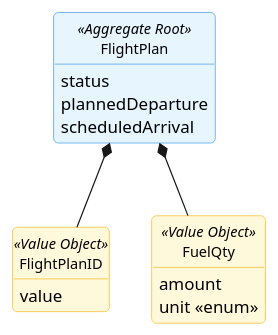
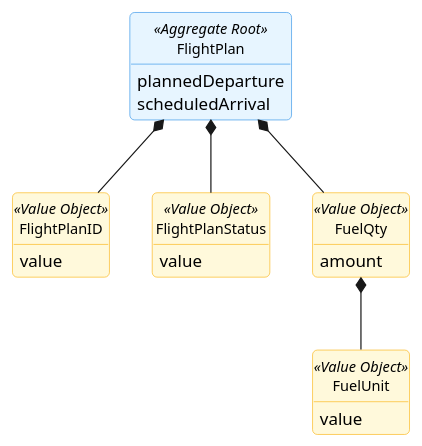
The diagram in docs/global-artifacts/02.analysis/puml/Aggregates/FlightPlanAggregate.puml (GustavoFerreira24/flight-management-platform), drawn with PlantUML before and after one commit. The commit also changed 15 other files, not shown here.

```diff
--- a/docs/global-artifacts/02.analysis/puml/Aggregates/FlightPlanAggregate.puml
+++ b/docs/global-artifacts/02.analysis/puml/Aggregates/FlightPlanAggregate.puml
@@ -1,44 +1,52 @@
 @startuml
 skinparam {
     BackgroundColor white
     RoundCorner 8
     Shadowing false
     Handwritten false
     ClassAttributeIconSize 0
 
     ClassBackgroundColor white
     ClassBorderColor #495057
     ClassFontSize 12
 
     ClassBackgroundColor<<Aggregate Root>> #E7F5FF
     ClassBorderColor<<Aggregate Root>> #228BE6
 
     ClassBackgroundColor<<Value Object>> #FFF9DB
     ClassBorderColor<<Value Object>> #FAB005
 
     ClassBackgroundColor<<Entity>> #F3F0FF
     ClassBorderColor<<Entity>> #7950F2
 }
 hide circle
 hide methods
 
-class FlightPlan <<Aggregate Root>> {
-    status
-    plannedDeparture
-    scheduledArrival
-}
+ class FlightPlan <<Aggregate Root>> {
+        plannedDeparture
+        scheduledArrival
+    }
 
-class FlightPlanID <<Value Object>> {
+    class FlightPlanID <<Value Object>> {
         value
-}
+    }
 
-class FuelQty <<Value Object>> {
-    amount
-    unit <<enum>>
-}
+    class FlightPlanStatus <<Value Object>> {
+        value
+    }
+
+    class FuelQty <<Value Object>> {
+        amount
+    }
+
+    class FuelUnit <<Value Object>> {
+        value
+    }
 
 
-FlightPlan *-- FuelQty
-FlightPlan *-- FlightPlanID
+    FlightPlan *-- FuelQty
+    FlightPlan *-- FlightPlanID
+    FlightPlan *-- FlightPlanStatus
+    FuelQty *-- FuelUnit
 
 @enduml
```
